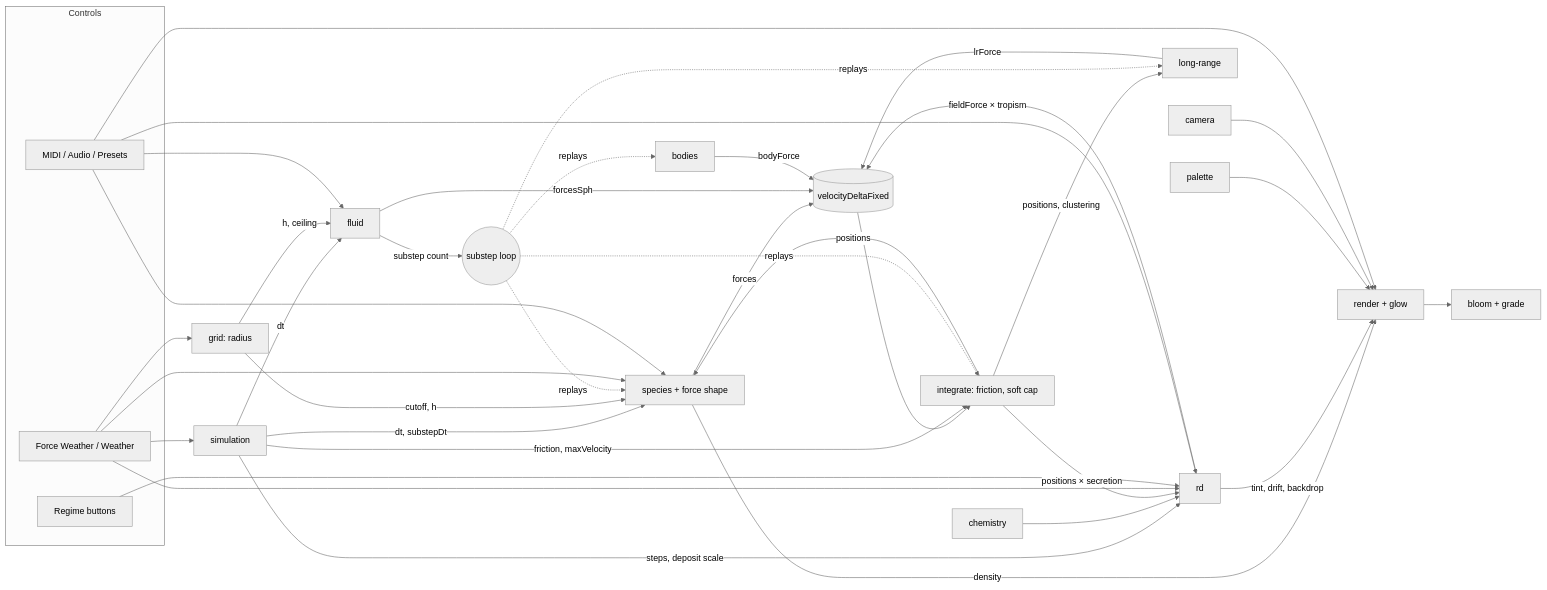
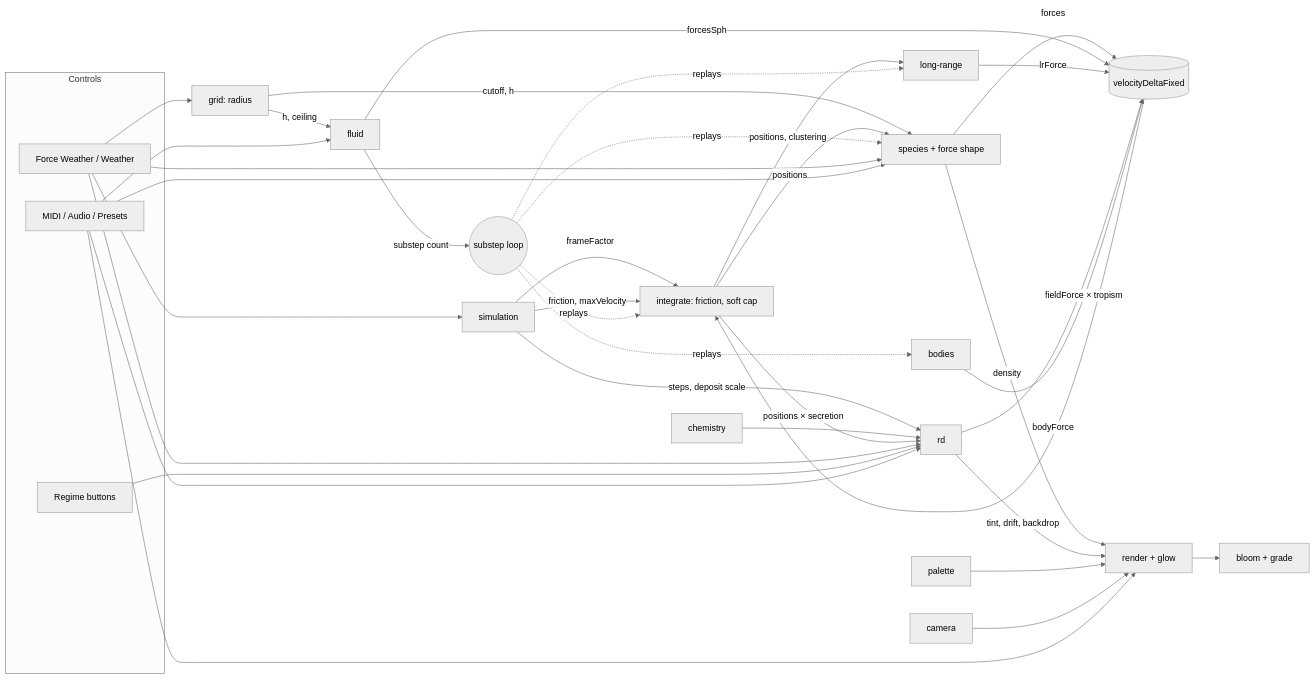
Before and after one commit to synapseradio/particle-garden: the diagram in docs/slider-interactions.md, drawn with Mermaid (neutral theme). The commit also changed other lines of this file and 35 other files, not shown here.

First line of the commit message:
feat(core-force-interface): give the frame factor one site and split the velocity delta into two words

````diff
--- a/docs/slider-interactions.md
+++ b/docs/slider-interactions.md
@@ -260,43 +260,42 @@
 ```mermaid
 flowchart LR
   subgraph Controls
     tours[Force Weather / Weather]
     mod[MIDI / Audio / Presets]
     regime[Regime buttons]
   end
-  sim[simulation] -->|dt, substepDt| species
-  sim -->|dt| fluid
+  sim[simulation] -->|frameFactor| I
   sim -->|steps, deposit scale| rd
   grid[grid: radius] -->|cutoff, h| species
   grid -->|h, ceiling| fluid
   species[species + force shape] -->|forces| V
   fluid -->|forcesSph| V
   fluid -->|substep count| loop((substep loop))
   lr[long-range] -->|lrForce| V
   rd -->|fieldForce × tropism| V
   chem[chemistry] --> rd
   bodies -->|bodyForce| V
   V[(velocityDeltaFixed)] --> I[integrate: friction, soft cap]
   sim -->|friction, maxVelocity| I
   I -->|positions| species
   I -->|positions, clustering| lr
   I -->|positions × secretion| rd
   loop -.replays.-> species
   loop -.replays.-> lr
   loop -.replays.-> bodies
   loop -.replays.-> I
   species -->|density| render[render + glow]
   rd -->|tint, drift, backdrop| render
   render --> bloom[bloom + grade]
   palette --> render
   camera --> render
   tours --> sim
   tours --> grid
   tours --> species
   tours --> rd
   regime --> rd
   mod --> species
   mod --> fluid
   mod --> rd
   mod --> render
 ```
````
